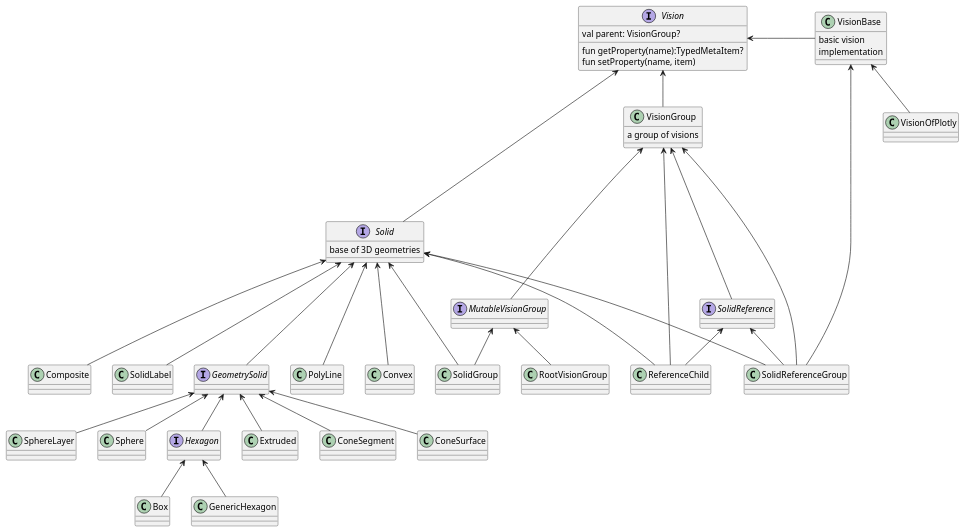
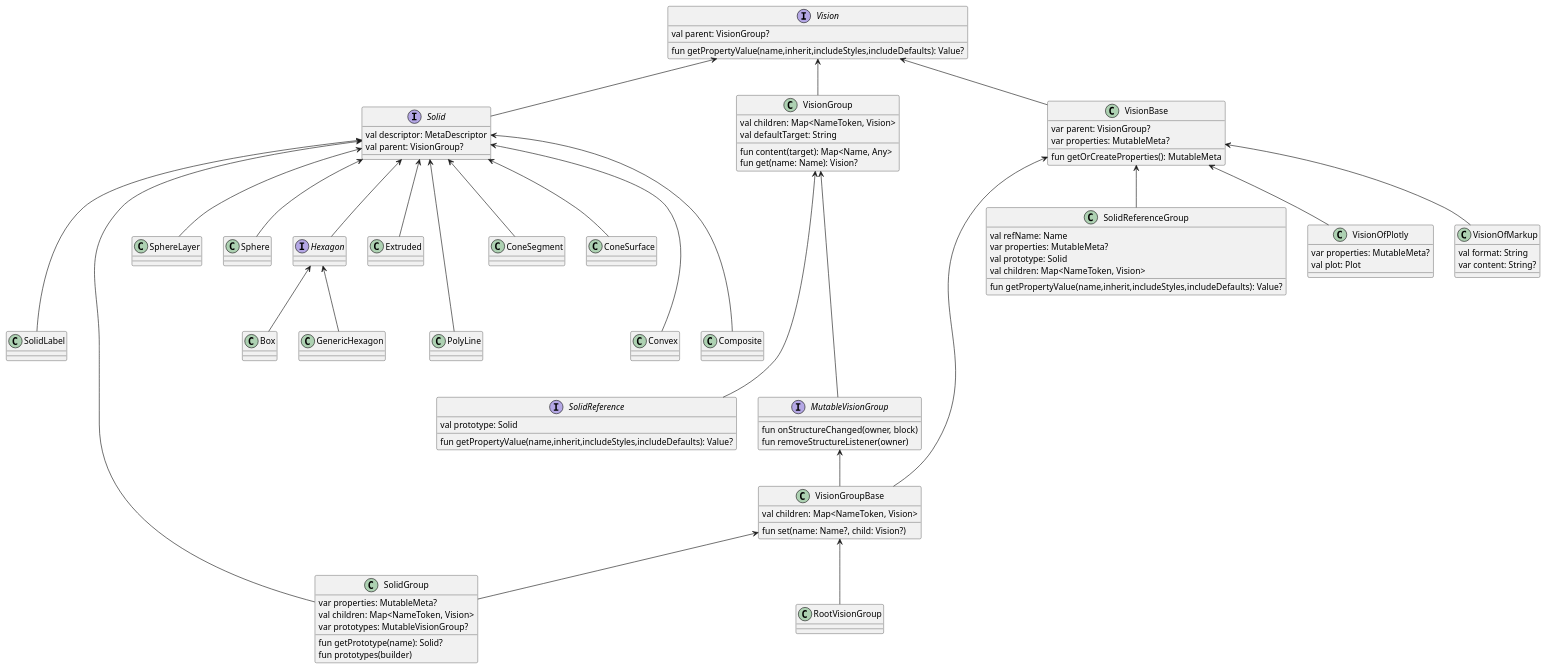
Before and after one commit to SciProgCentre/visionforge: the diagram in docs/uml/Vision.puml, drawn with PlantUML. The commit also changed 5 other files, not shown here.

```diff
--- a/docs/uml/Vision.puml
+++ b/docs/uml/Vision.puml
@@ -1,101 +1,125 @@
 @startuml
 'https://plantuml.com/class-diagram
 
 interface Vision{
     val parent: VisionGroup?
-    fun getProperty(name):TypedMetaItem?
-    fun setProperty(name, item)
+    fun getPropertyValue(name,inherit,includeStyles,includeDefaults): Value?
 }
 
 interface Solid{
-    base of 3D geometries
+    val descriptor: MetaDescriptor
+    val parent: VisionGroup?
 }
-Vision <- Solid
+Vision <-- Solid
 
 class VisionGroup{
-    a group of visions
+    val children: Map<NameToken, Vision>
+    val defaultTarget: String
+    fun content(target): Map<Name, Any>
+    fun get(name: Name): Vision?
 }
-
 Vision <-- VisionGroup
 
 class VisionBase{
-    basic vision
-    implementation
+    var parent: VisionGroup?
+    var properties: MutableMeta?
+    fun getOrCreateProperties(): MutableMeta
 }
-Vision <- VisionBase
+Vision <-- VisionBase
 
 
 class SolidLabel
 Solid <--- SolidLabel
 
-class SolidGroup
+class SolidGroup{
+    var properties: MutableMeta?
+    val children: Map<NameToken, Vision>
+    var prototypes: MutableVisionGroup?
+
+    fun getPrototype(name): Solid?
+    fun prototypes(builder)
+}
 Solid <--- SolidGroup
-MutableVisionGroup <-- SolidGroup
-
+VisionGroupBase <-- SolidGroup
 
 class SphereLayer
-GeometrySolid <-- SphereLayer
+Solid <-- SphereLayer
 
 class Sphere
-GeometrySolid <-- Sphere
+Solid <-- Sphere
 
 class Box
 Hexagon <-- Box
 
 class GenericHexagon
 Hexagon <-- GenericHexagon
 
 class Extruded
-GeometrySolid <-- Extruded
+Solid <-- Extruded
 
 
 class PolyLine
 Solid <--- PolyLine
 
-interface GeometrySolid
-Solid <--- GeometrySolid
-
 
 interface Hexagon
-GeometrySolid <-- Hexagon
+Solid <-- Hexagon
 
 class ConeSegment
-GeometrySolid <-- ConeSegment
+Solid <-- ConeSegment
 
 class ConeSurface
-GeometrySolid <-- ConeSurface
+Solid <-- ConeSurface
 
 
 class Convex
 Solid <--- Convex
 
 class Composite
 Solid <--- Composite
 
 
-interface SolidReference
+interface SolidReference{
+    val prototype: Solid
+    fun getPropertyValue(name,inherit,includeStyles,includeDefaults): Value?
+}
 VisionGroup <---- SolidReference
 
-interface MutableVisionGroup
+class SolidReferenceGroup{
+    val refName: Name
+    var properties: MutableMeta?
+    val prototype: Solid
+    val children: Map<NameToken, Vision>
+    fun getPropertyValue(name,inherit,includeStyles,includeDefaults): Value?
+}
+VisionBase <-- SolidReferenceGroup
+
+interface MutableVisionGroup{
+    fun onStructureChanged(owner, block)
+    fun removeStructureListener(owner)
+}
 VisionGroup <---- MutableVisionGroup
 
-class SolidReferenceGroup
-VisionGroup <-- SolidReferenceGroup
-Solid <-- SolidReferenceGroup
-VisionBase <-- SolidReferenceGroup
-SolidReference <-- SolidReferenceGroup
+class VisionGroupBase{
+    val children: Map<NameToken, Vision>
+    fun set(name: Name?, child: Vision?)
+}
+VisionBase <-- VisionGroupBase
+MutableVisionGroup <-- VisionGroupBase
 
-class ReferenceChild
-VisionGroup <-- ReferenceChild
-Solid <-- ReferenceChild
-SolidReference <-- ReferenceChild
+class RootVisionGroup
+VisionGroupBase <-- RootVisionGroup
 
 
+class VisionOfPlotly{
+     var properties: MutableMeta?
+     val plot: Plot
+}
+VisionBase <-- VisionOfPlotly
 
-class RootVisionGroup
-MutableVisionGroup <-- RootVisionGroup
-
-
-class VisionOfPlotly
-VisionBase <-- VisionOfPlotly
+class VisionOfMarkup{
+    val format: String
+    var content: String?
+}
+VisionBase <-- VisionOfMarkup
 @enduml
```
